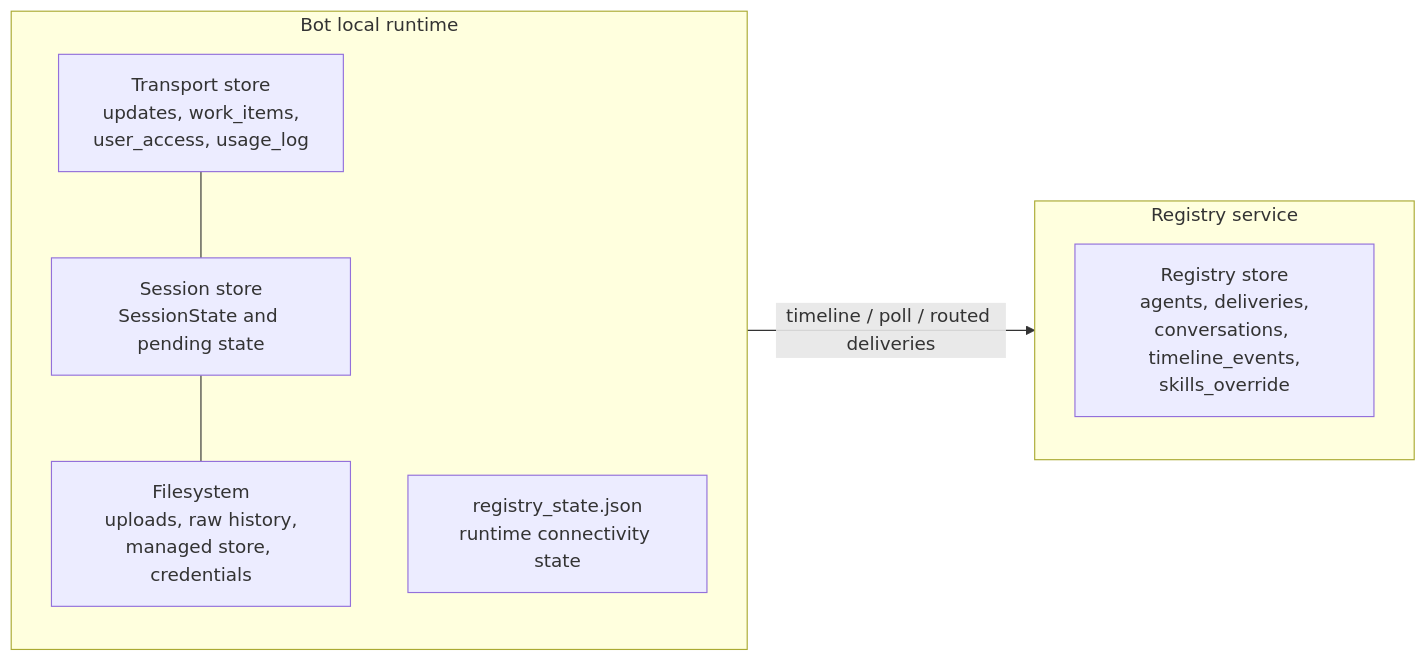
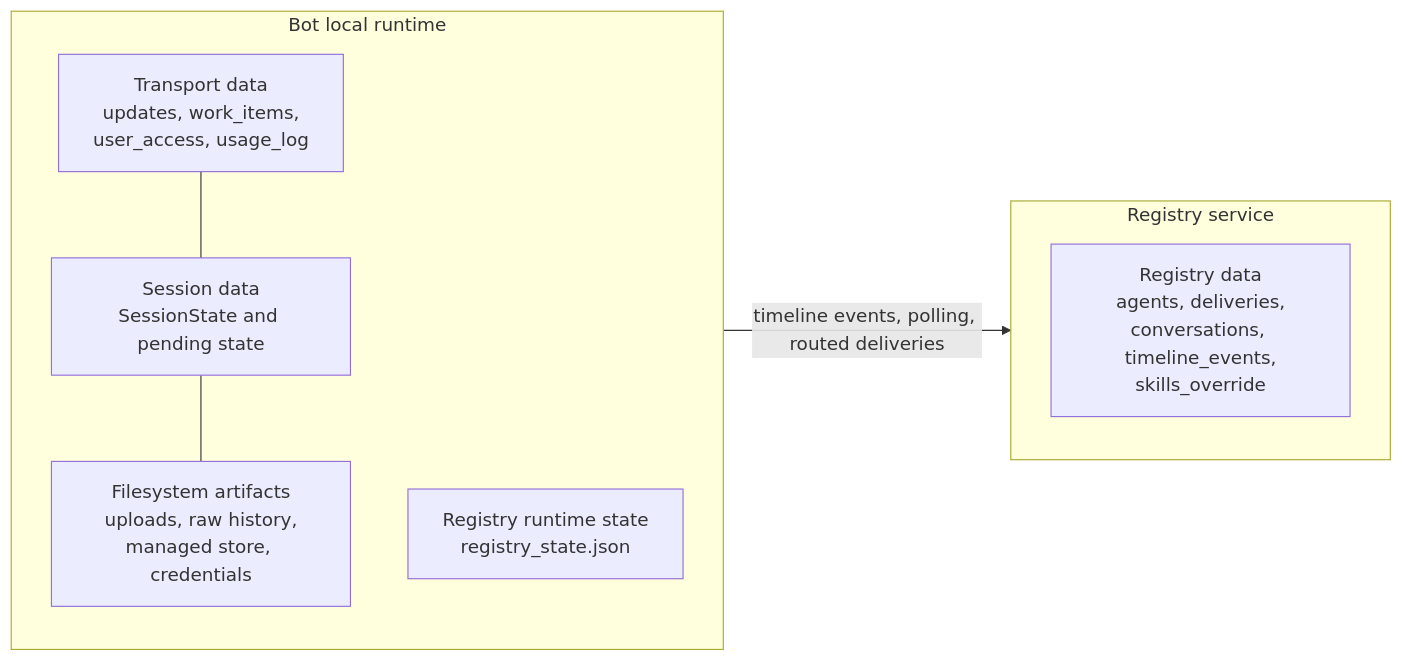
One commit to privacynow/octopus changed the sixth of 8 diagrams in docs/ARCHITECTURE.md. Above: the diagram before and after it, drawn with Mermaid. The commit also changed other lines of this file, not shown here.

Commit message:
Simplify architecture language and diagrams

````diff
--- a/docs/ARCHITECTURE.md
+++ b/docs/ARCHITECTURE.md
@@ -547,17 +570,17 @@
 ```mermaid
 flowchart LR
     subgraph BOT["Bot local runtime"]
-        TS["Transport store<br/>updates, work_items,<br/>user_access, usage_log"]
-        SS["Session store<br/>SessionState and pending state"]
-        FS["Filesystem<br/>uploads, raw history,<br/>managed store, credentials"]
-        RS["registry_state.json<br/>runtime connectivity state"]
+        TS["Transport data<br/>updates, work_items,<br/>user_access, usage_log"]
+        SS["Session data<br/>SessionState and pending state"]
+        FS["Filesystem artifacts<br/>uploads, raw history,<br/>managed store, credentials"]
+        RS["Registry runtime state<br/>registry_state.json"]
     end
 
     subgraph REG["Registry service"]
-        RG["Registry store<br/>agents, deliveries,<br/>conversations, timeline_events,<br/>skills_override"]
+        RG["Registry data<br/>agents, deliveries,<br/>conversations, timeline_events,<br/>skills_override"]
     end
 
     TS --- SS
     SS --- FS
-    BOT -->|"timeline / poll / routed deliveries"| REG
+    BOT -->|"timeline events, polling, routed deliveries"| REG
 ```
````
